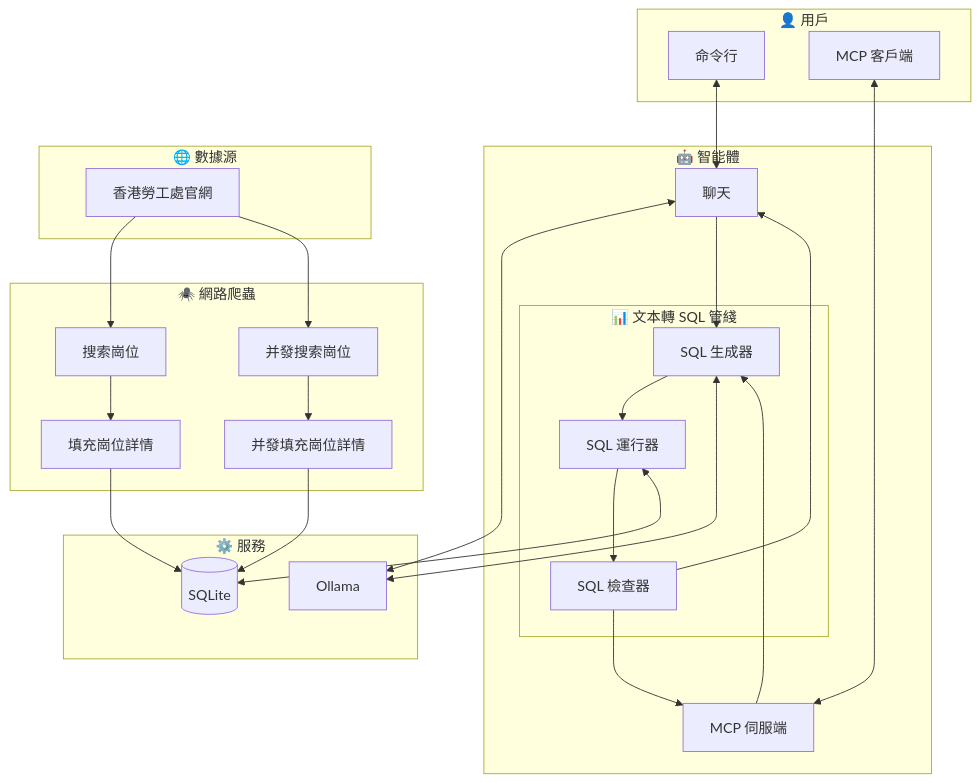
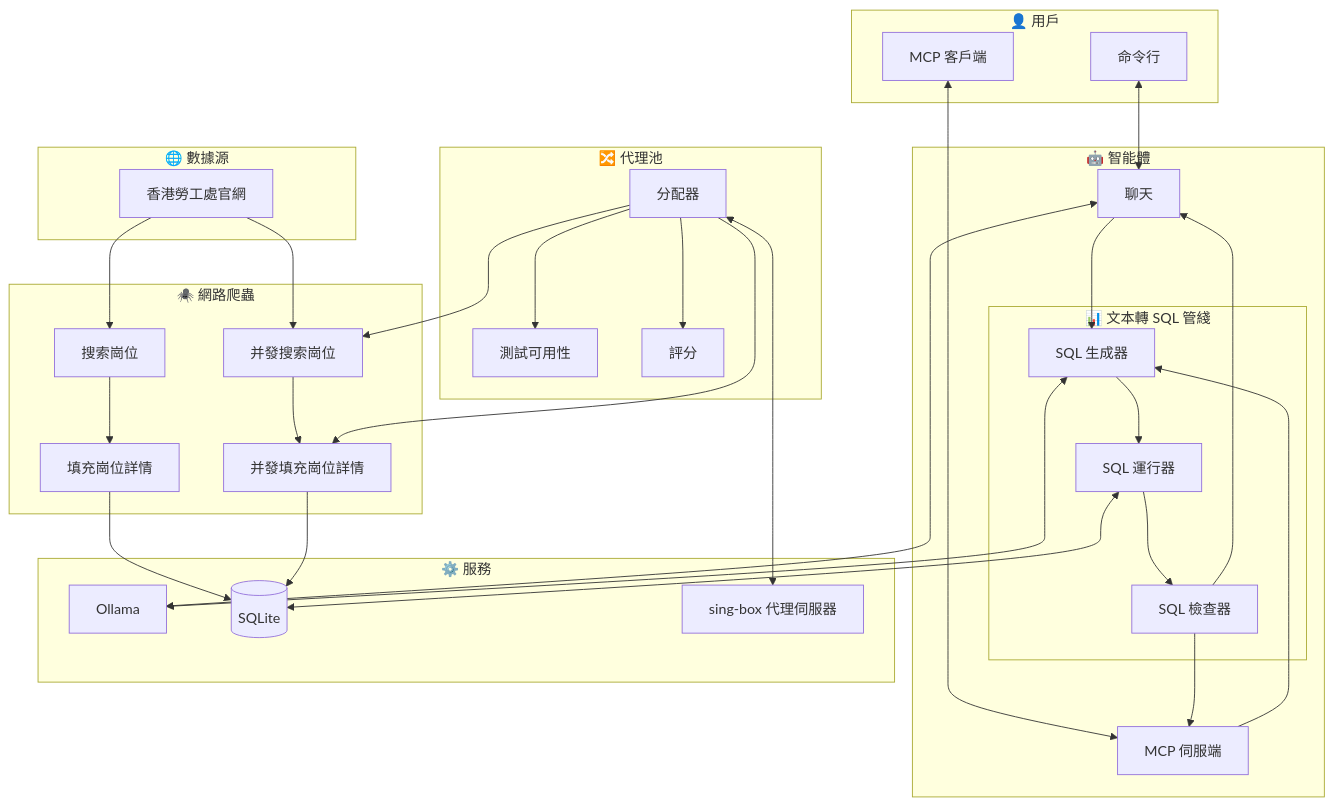
Before and after one commit to JJ-Jacko/jobs_hk: the diagram in README_zh_hk.md, drawn with Mermaid. The commit also changed 2 other files, not shown here.

Commit message:
feat(README): Proxy pool.

````diff
--- a/README_zh_hk.md
+++ b/README_zh_hk.md
@@ -16,61 +16,74 @@
 ```mermaid
 flowchart
     subgraph User["👤 用戶"]
         CLI[命令行]
         MCP_CLIENT[MCP 客戶端]
     end
 
     subgraph Scraper["🕷️ 網路爬蟲"]
         search_job[搜索崗位]
         search_job_mt[并發搜索崗位]
         fill_job[填充崗位詳情]
         fill_job_mt[并發填充崗位詳情]
+    end
+
+    subgraph ProxyPool["🔀 代理池"]
+        check_proxy_availability[測試可用性]
+        evaluate_proxy[評分]
+        assigner[分配器]
     end
 
     subgraph SQL_pipline["📊 文本轉 SQL 管綫"]
         SQL_generator[SQL 生成器]
         SQL_runner[SQL 運行器]
         SQL_checker[SQL 檢查器]
     end
 
     subgraph AI["🤖 智能體"]
         chat[聊天]
         MCP_server[MCP 伺服端]
         SQL_pipline
     end
 
     subgraph Service["⚙️ 服務"]
         Ollama[Ollama]
         SQLite[(SQLite)]
+        proxy_server["sing-box 代理伺服器"]
     end
 
     subgraph DataSource["🌐 數據源"]
         web_src[香港勞工處官網]
     end
 
     CLI <--> chat
     MCP_CLIENT <--> MCP_server
 
     chat <--> Ollama
     chat --> SQL_generator
 
     MCP_server --> SQL_generator
 
     SQL_generator --> SQL_runner
     SQL_generator <--> Ollama
 
     SQL_runner --> SQL_checker
     SQL_runner <--> SQLite
 
     SQL_checker --> chat
     SQL_checker --> MCP_server
 
     web_src --> search_job
     web_src --> search_job_mt
 
     search_job --> fill_job
     search_job_mt --> fill_job_mt
 
     fill_job --> SQLite
     fill_job_mt --> SQLite
+
+    assigner --> search_job_mt
+    assigner --> fill_job_mt
+    assigner --> check_proxy_availability
+    assigner --> evaluate_proxy
+    assigner <--> proxy_server
 ```
````
